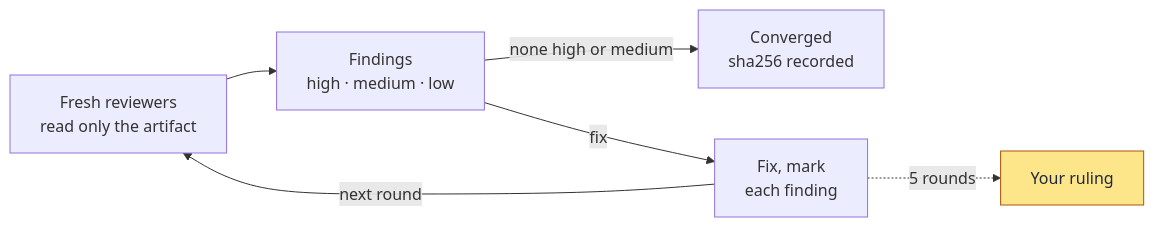
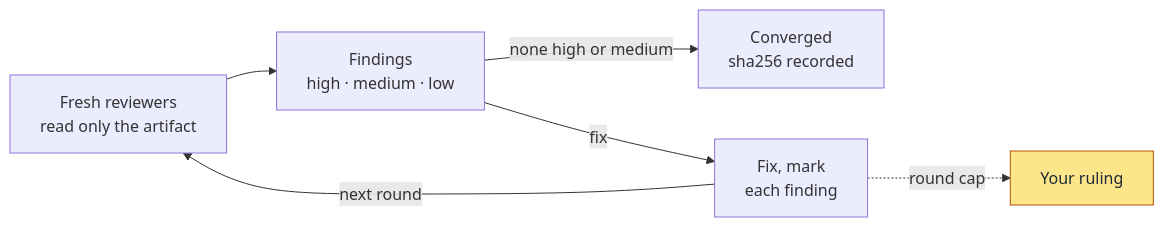
The second of 3 diagrams in README.md (gsVAM/SuperEGM), drawn with Mermaid before and after one commit. The commit also changed other lines of this file and 3 other files, not shown here.

Commit message:
feat(S1): the cap wording names review.rounds in place of the fixed five rounds

````diff
--- a/README.md
+++ b/README.md
@@ -208,10 +208,10 @@
 ```mermaid
 flowchart LR
   R["Fresh reviewers<br/>read only the artifact"] --> F["Findings<br/>high · medium · low"]
   F -->|none high or medium| X["Converged<br/>sha256 recorded"]
   F -->|fix| N["Fix, mark<br/>each finding"]
   N -->|next round| R
-  N -.->|5 rounds| RU["Your ruling"]
+  N -.->|round cap| RU["Your ruling"]
   classDef human fill:#fde68a,stroke:#b45309,color:#1f2937
   class RU human
 ```
````
